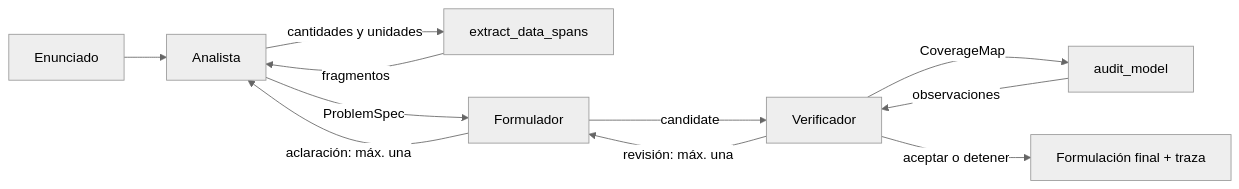
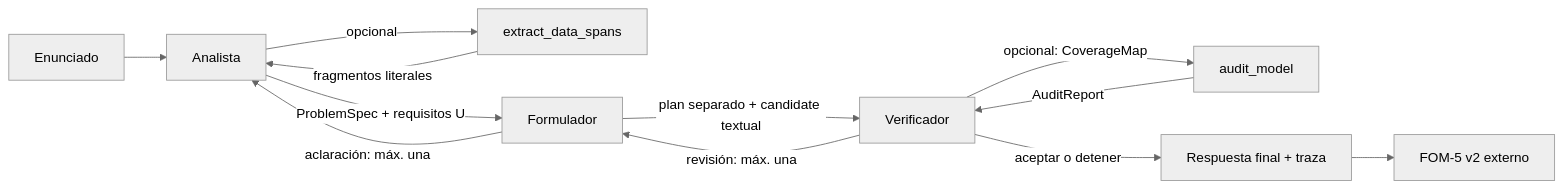
One commit to Jose21531/GenAI-Optimization changed the diagram in Deliverable 3/README.md. Above: the diagram before and after it, drawn with Mermaid (neutral theme). The commit also changed other lines of this file and 10 other files, not shown here.

````diff
--- a/Deliverable 3/README.md
+++ b/Deliverable 3/README.md
@@ -7,13 +9,14 @@
 ```mermaid
 flowchart LR
     E[Enunciado] --> A[Analista]
-    A -->|cantidades y unidades| X[extract_data_spans]
-    X -->|fragmentos| A
-    A -->|ProblemSpec| F[Formulador]
-    F -->|candidate| V[Verificador]
-    V -->|CoverageMap| T[audit_model]
-    T -->|observaciones| V
+    A -->|opcional| X[extract_data_spans]
+    X -->|fragmentos literales| A
+    A -->|ProblemSpec + requisitos U| F[Formulador]
+    F -->|plan separado + candidate textual| V[Verificador]
+    V -->|opcional: CoverageMap| T[audit_model]
+    T -->|AuditReport| V
+    F -->|aclaración: máx. una| A
     V -->|revisión: máx. una| F
-    F -->|aclaración: máx. una| A
-    V -->|aceptar o detener| S[Formulación final + traza]
+    V -->|aceptar o detener| S[Respuesta final + traza]
+    S --> J[FOM-5 v2 externo]
 ```
````
